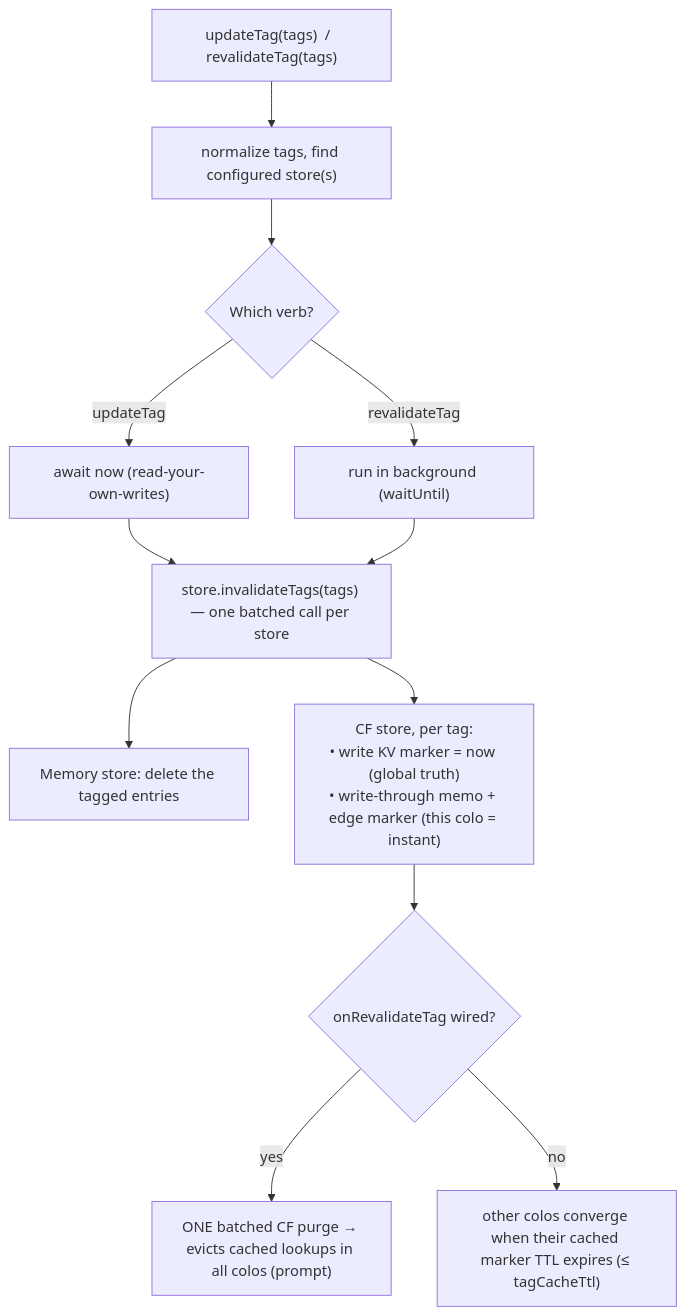
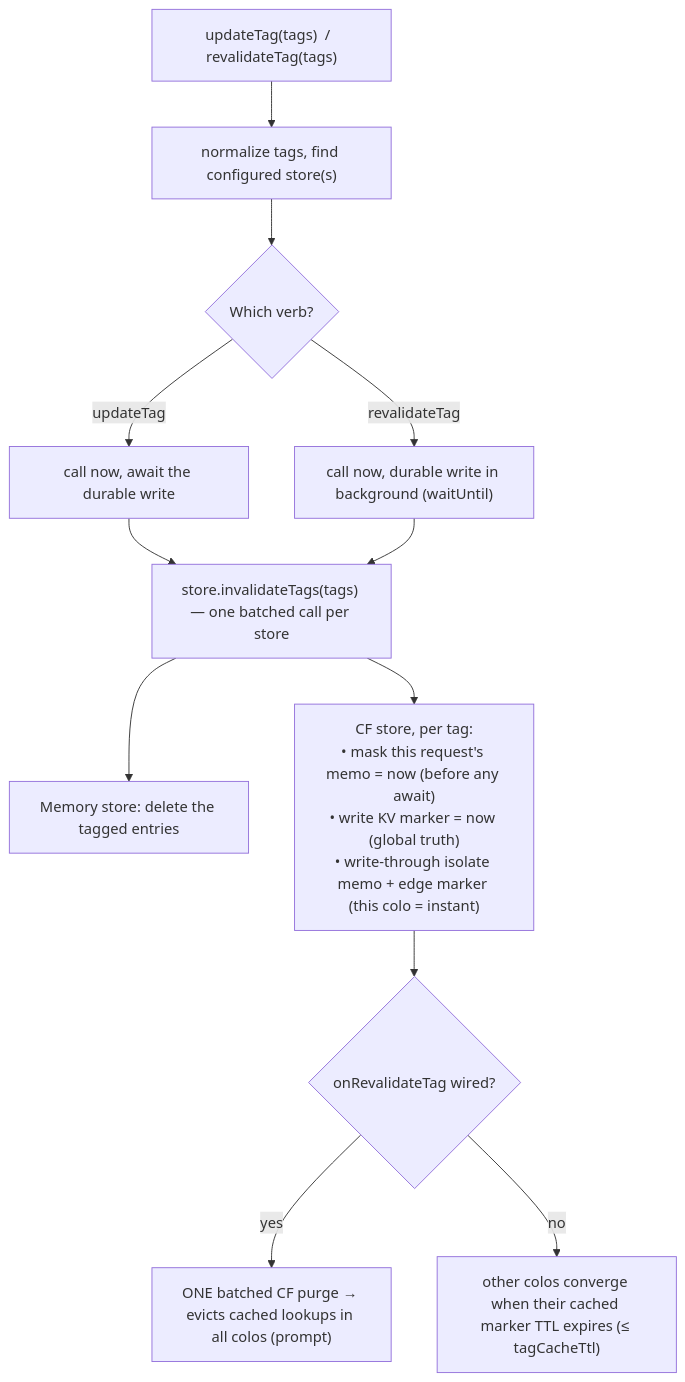
Before and after one commit to rangojs/rango: the fourth of 4 diagrams in docs/design/cache-tags-flow.md, drawn with Mermaid. The commit also changed other lines of this file and 34 other files, not shown here.

Commit message:
fix(router): revalidateTag() masks its tags for the rest of the request before the durable write, so the request reads its own writes (#973) (#981)

````diff
--- a/docs/design/cache-tags-flow.md
+++ b/docs/design/cache-tags-flow.md
@@ -198,14 +198,14 @@
 ```mermaid
 flowchart TD
   A["updateTag(tags)  /  revalidateTag(tags)"] --> B["normalize tags, find configured store(s)"]
   B --> C{Which verb?}
-  C -- "updateTag" --> D["await now (read-your-own-writes)"]
-  C -- "revalidateTag" --> E["run in background (waitUntil)"]
+  C -- "updateTag" --> D["call now, await the durable write"]
+  C -- "revalidateTag" --> E["call now, durable write in background (waitUntil)"]
   D --> F["store.invalidateTags(tags) — one batched call per store"]
   E --> F
   F --> G["Memory store: delete the tagged entries"]
-  F --> H["CF store, per tag:<br/>• write KV marker = now (global truth)<br/>• write-through memo + edge marker (this colo = instant)"]
+  F --> H["CF store, per tag:<br/>• mask this request's memo = now (before any await)<br/>• write KV marker = now (global truth)<br/>• write-through isolate memo + edge marker (this colo = instant)"]
   H --> J{onRevalidateTag wired?}
   J -- yes --> K["ONE batched CF purge → evicts cached lookups in all colos (prompt)"]
   J -- no --> L["other colos converge when their cached marker TTL expires (≤ tagCacheTtl)"]
 ```
````
